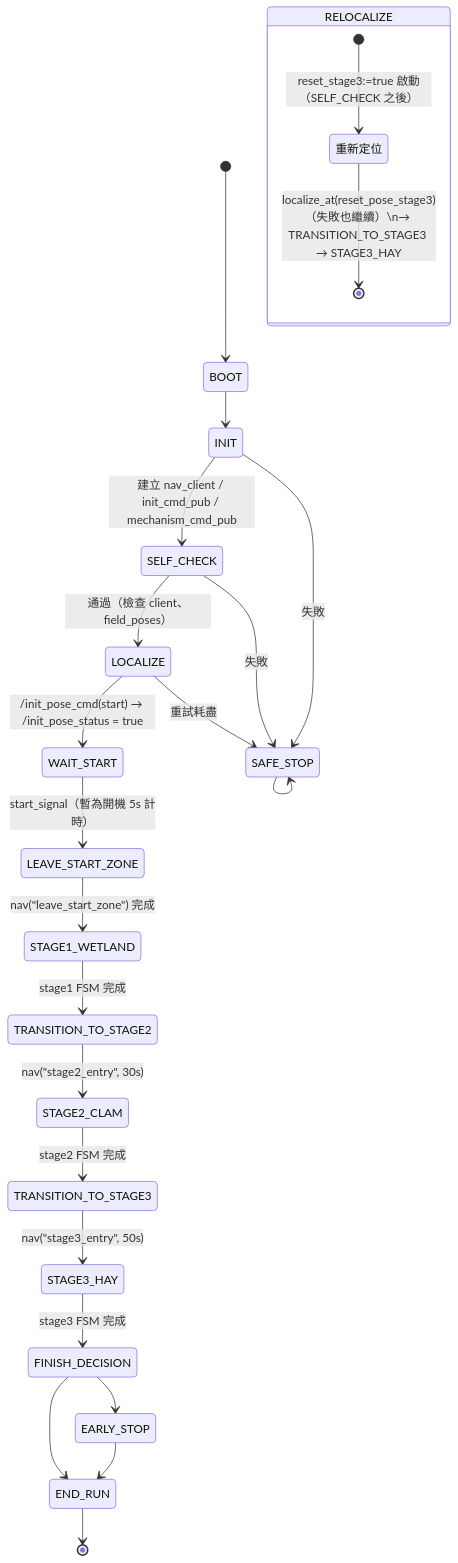
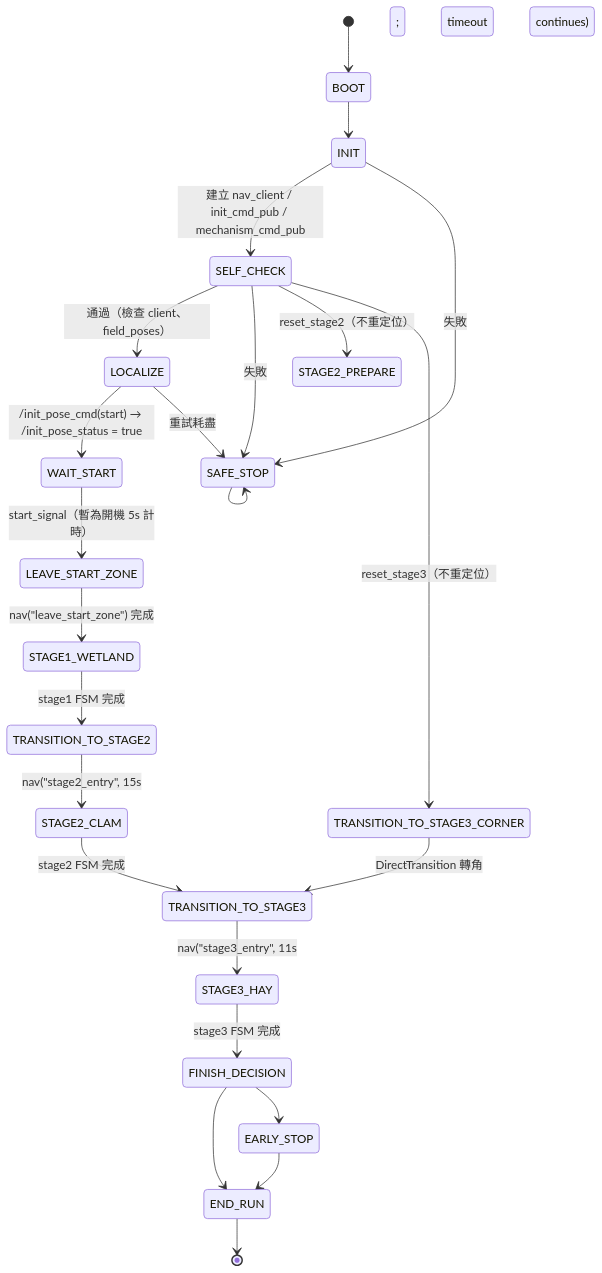
The second of 2 diagrams in README.md (terryking0711/robot_fsm_v2_ws), drawn with Mermaid before and after one commit. The commit also changed other lines of this file and 27 other files, not shown here.

First line of the commit message:
feat: add mirror V2 route and rework stage transitions and hay collection

````diff
--- a/README.md
+++ b/README.md
@@ -62,34 +62,33 @@
 ```mermaid
 stateDiagram-v2
     direction TB
     [*] --> BOOT
     BOOT --> INIT
     INIT --> SELF_CHECK : 建立 nav_client / init_cmd_pub / mechanism_cmd_pub
     INIT --> SAFE_STOP : 失敗
 
     SELF_CHECK --> LOCALIZE : 通過（檢查 client、field_poses）
     SELF_CHECK --> SAFE_STOP : 失敗
 
     LOCALIZE --> WAIT_START : /init_pose_cmd(start) → /init_pose_status = true
     LOCALIZE --> SAFE_STOP : 重試耗盡
 
     WAIT_START --> LEAVE_START_ZONE : start_signal（暫為開機 5s 計時）
 
     LEAVE_START_ZONE --> STAGE1_WETLAND : nav("leave_start_zone") 完成
     STAGE1_WETLAND --> TRANSITION_TO_STAGE2 : stage1 FSM 完成
-    TRANSITION_TO_STAGE2 --> STAGE2_CLAM : nav("stage2_entry", 30s)
+    TRANSITION_TO_STAGE2 --> STAGE2_CLAM : nav("stage2_entry", 15s; timeout continues)
     STAGE2_CLAM --> TRANSITION_TO_STAGE3 : stage2 FSM 完成
-    TRANSITION_TO_STAGE3 --> STAGE3_HAY : nav("stage3_entry", 50s)
+    TRANSITION_TO_STAGE3 --> STAGE3_HAY : nav("stage3_entry", 11s; timeout continues)
     STAGE3_HAY --> FINISH_DECISION : stage3 FSM 完成
 
-    state RELOCALIZE {
-        [*] --> 重新定位 : reset_stage3:=true 啟動（SELF_CHECK 之後）
-        重新定位 --> [*] : localize_at(reset_pose_stage3)（失敗也繼續）\n→ TRANSITION_TO_STAGE3 → STAGE3_HAY
-    }
+    SELF_CHECK --> STAGE2_PREPARE : reset_stage2（不重定位）
+    SELF_CHECK --> TRANSITION_TO_STAGE3_CORNER : reset_stage3（不重定位）
+    TRANSITION_TO_STAGE3_CORNER --> TRANSITION_TO_STAGE3 : DirectTransition 轉角
 
     FINISH_DECISION --> END_RUN
     FINISH_DECISION --> EARLY_STOP
     EARLY_STOP --> END_RUN
     END_RUN --> [*]
     SAFE_STOP --> SAFE_STOP
 ```
````
